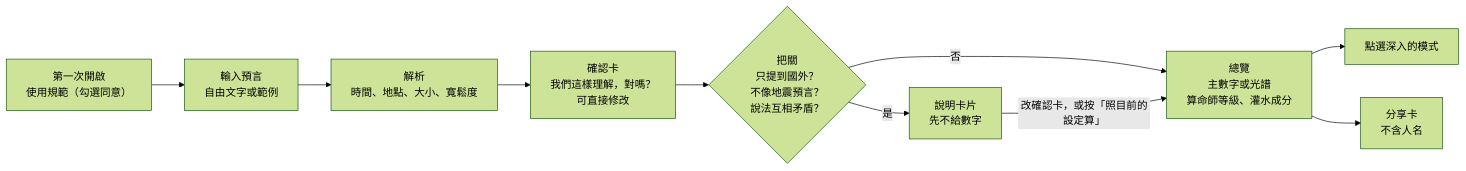
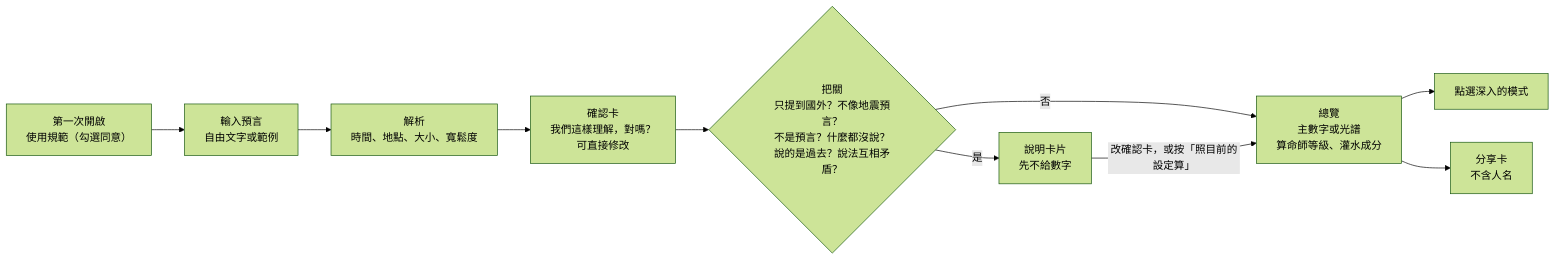
The first of 2 diagrams in docs/DESIGN.md (Azazelowo/i-can-predict-quakes), drawn with Mermaid (forest theme) before and after one commit. The commit also changed other lines of this file and 16 other files, not shown here.

````diff
--- a/docs/DESIGN.md
+++ b/docs/DESIGN.md
@@ -187,12 +187,12 @@
 ```mermaid
 flowchart LR
     T["第一次開啟<br/>使用規範（勾選同意）"] --> A
     A["輸入預言<br/>自由文字或範例"] --> B["解析<br/>時間、地點、大小、寬鬆度"]
     B --> C["確認卡<br/>我們這樣理解，對嗎？<br/>可直接修改"]
-    C --> G{"把關<br/>只提到國外？<br/>不像地震預言？<br/>說法互相矛盾？"}
+    C --> G{"把關<br/>只提到國外？不像地震預言？<br/>不是預言？什麼都沒說？<br/>說的是過去？說法互相矛盾？"}
     G -- 否 --> D["總覽<br/>主數字或光譜<br/>算命師等級、灌水成分"]
     G -- 是 --> H["說明卡片<br/>先不給數字"]
     H -- 改確認卡，或按「照目前的設定算」 --> D
     D --> E["點選深入的模式"]
     D --> F["分享卡<br/>不含人名"]
 ```
````
